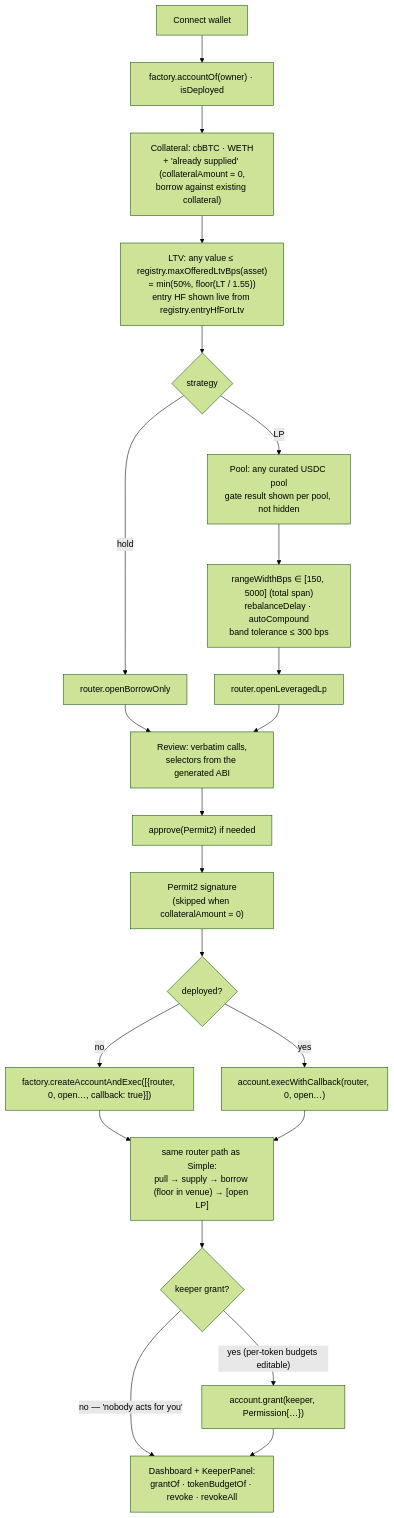
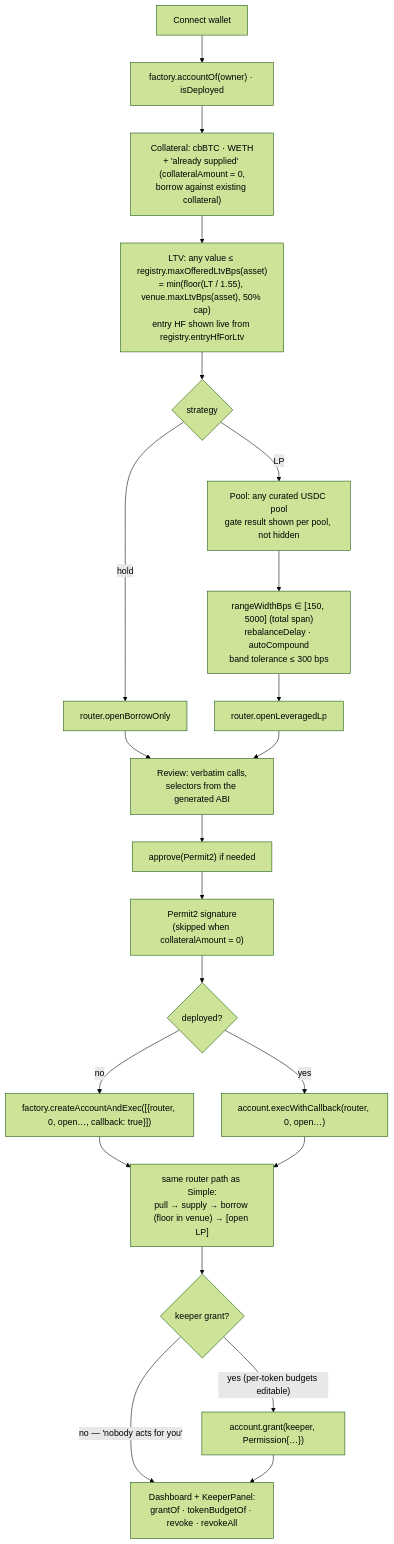
One commit to mbrobert/ZEC-Defi-App changed the second of 3 diagrams in docs/DEPOSIT-FLOW.md. Above: the diagram before and after it, drawn with Mermaid (forest theme). The commit also changed other lines of this file, not shown here.

````diff
--- a/docs/DEPOSIT-FLOW.md
+++ b/docs/DEPOSIT-FLOW.md
@@ -109,24 +110,24 @@
 ```mermaid
 flowchart TD
     W[Connect wallet] --> A["factory.accountOf(owner) · isDeployed"]
 
     A --> C1["Collateral: cbBTC · WETH<br/>+ 'already supplied' (collateralAmount = 0,<br/>borrow against existing collateral)"]
-    C1 --> C2["LTV: any value ≤ registry.maxOfferedLtvBps(asset)<br/>= min(50%, floor(LT / 1.55))<br/>entry HF shown live from registry.entryHfForLtv"]
+    C1 --> C2["LTV: any value ≤ registry.maxOfferedLtvBps(asset)<br/>= min(floor(LT / 1.55), venue.maxLtvBps(asset), 50% cap)<br/>entry HF shown live from registry.entryHfForLtv"]
     C2 --> C3{strategy}
     C3 -- hold --> H["router.openBorrowOnly"]
     C3 -- LP --> C4["Pool: any curated USDC pool<br/>gate result shown per pool, not hidden"]
     C4 --> C5["rangeWidthBps ∈ [150, 5000] (total span)<br/>rebalanceDelay · autoCompound<br/>band tolerance ≤ 300 bps"]
     C5 --> L["router.openLeveragedLp"]
 
     H --> R[Review: verbatim calls,<br/>selectors from the generated ABI]
     L --> R
     R --> S1["approve(Permit2) if needed"] --> S2["Permit2 signature<br/>(skipped when collateralAmount = 0)"] --> T{"deployed?"}
     T -- no --> T1["factory.createAccountAndExec([{router, 0, open…, callback: true}])"]
     T -- yes --> T2["account.execWithCallback(router, 0, open…)"]
     T1 --> X["same router path as Simple:<br/>pull → supply → borrow (floor in venue) → [open LP]"]
     T2 --> X
     X --> K{keeper grant?}
     K -- "yes (per-token budgets editable)" --> K1["account.grant(keeper, Permission{…})"]
     K -- "no — 'nobody acts for you'" --> D
     K1 --> D[Dashboard + KeeperPanel:<br/>grantOf · tokenBudgetOf · revoke · revokeAll]
 ```
````
